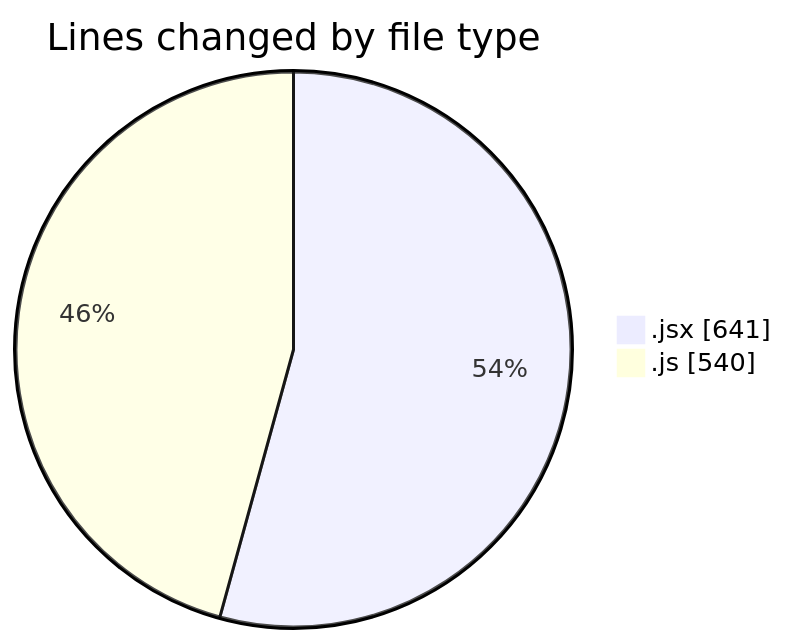
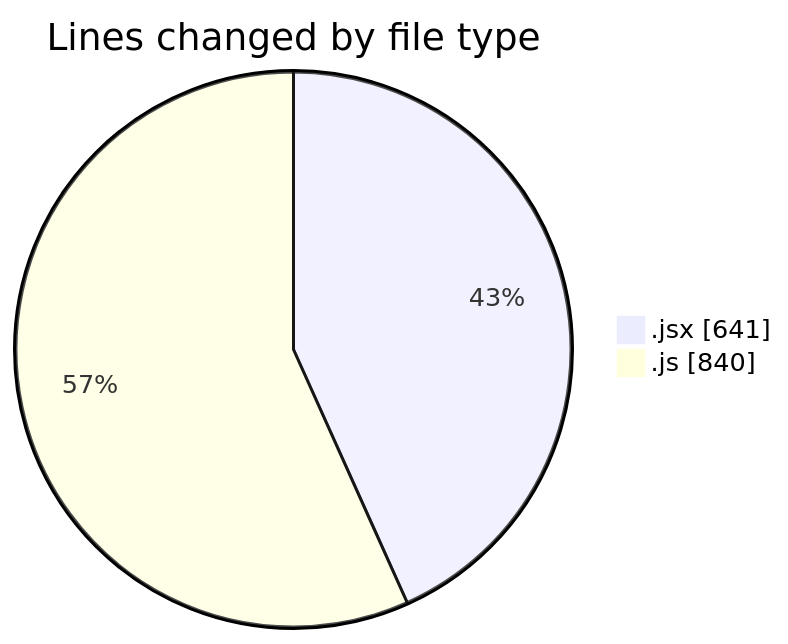
Before and after one commit to nxtqubesakshisongat/code-tracking: the first of 2 diagrams in 2025-06-28/argos/README.md, drawn with Mermaid. The commit also changed other lines of this file and 1 other file, not shown here.

````diff
--- a/2025-06-28/argos/README.md
+++ b/2025-06-28/argos/README.md
@@ -23,6 +24,6 @@
 ```mermaid
 pie showData
 title Lines changed by file type
 ".jsx" : 641
-".js" : 540
+".js" : 840
 ```
````
